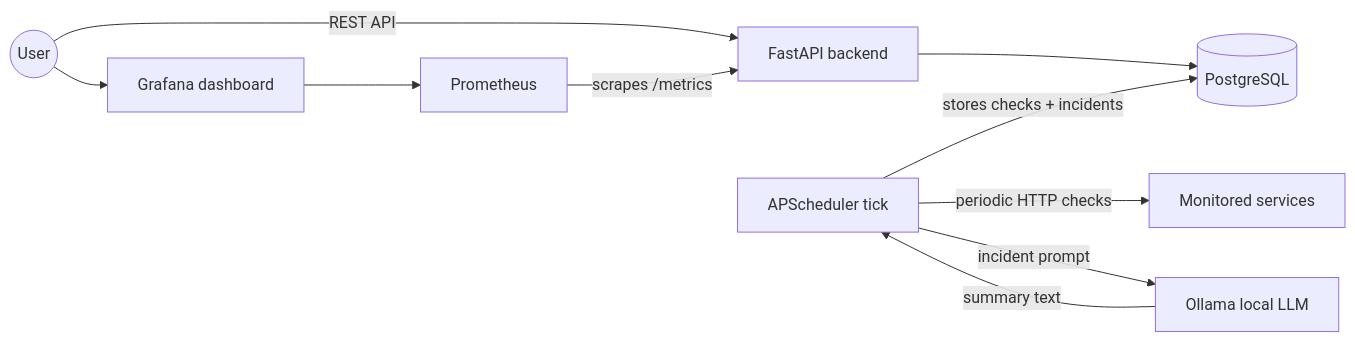
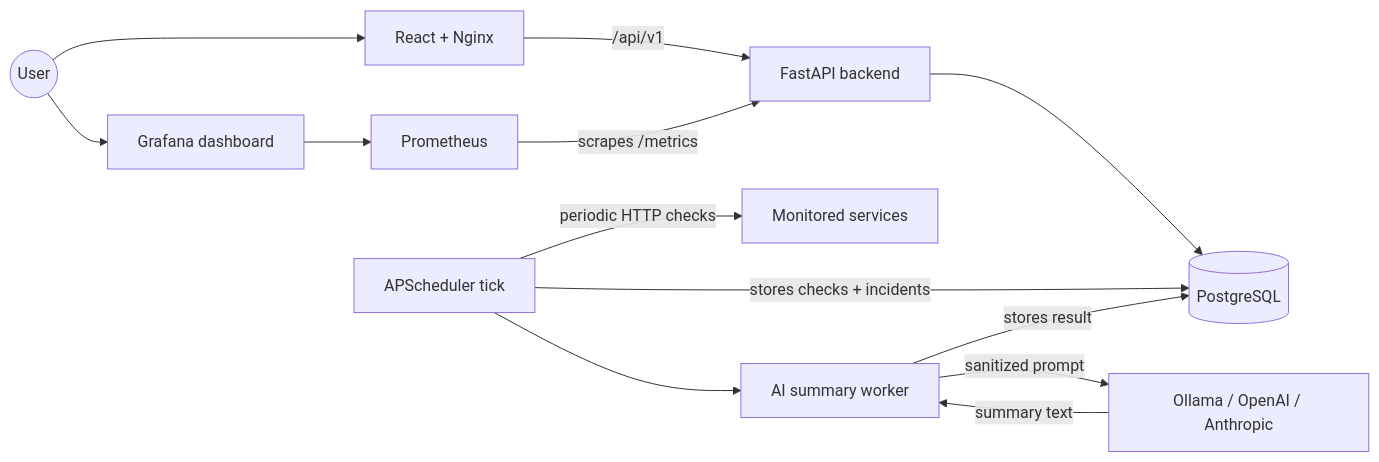
One commit to JhomarSanchez/Centinela changed the diagram in README.md. Above: the diagram before and after it, drawn with Mermaid. The commit also changed other lines of this file and 83 other files, not shown here.

````diff
--- a/README.md
+++ b/README.md
@@ -249,12 +287,15 @@
 ```mermaid
 flowchart LR
-    User((User)) -->|REST API| API[FastAPI backend]
+    User((User)) --> UI[React + Nginx]
+    UI -->|/api/v1| API[FastAPI backend]
     API --> DB[(PostgreSQL)]
     SCHED[APScheduler tick] -->|periodic HTTP checks| EXT[Monitored services]
     SCHED -->|stores checks + incidents| DB
-    SCHED -->|incident prompt| AI[Ollama local LLM]
-    AI -->|summary text| SCHED
+    SCHED --> AIQ[AI summary worker]
+    AIQ -->|sanitized prompt| AI[Ollama / OpenAI / Anthropic]
+    AI -->|summary text| AIQ
+    AIQ -->|stores result| DB
     PROM[Prometheus] -->|scrapes /metrics| API
     GRAF[Grafana dashboard] --> PROM
     User --> GRAF
 ```
````
